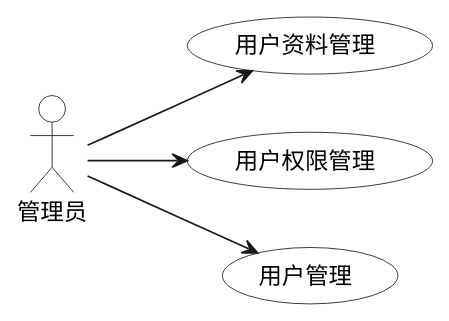
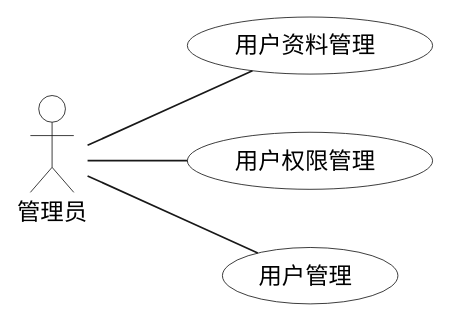
One commit to hitzaki/biz-center changed the diagram in a-uml/用例图/认证授权-管理.puml. Above: the diagram before and after it, drawn with PlantUML. The commit also changed 32 other files, not shown here.

```diff
--- a/a-uml/用例图/认证授权-管理.puml
+++ b/a-uml/用例图/认证授权-管理.puml
@@ -1,15 +1,15 @@
 @startuml
 '最近一次更新时间: 2024-05-05
 left to right direction
 
 :管理员: as Admin #white
 
 (用户资料管理) as (Use1) #white
 (用户权限管理) as (Use2) #white
 (用户管理) as (Use3) #white
 
-Admin -down-> (Use1)
-Admin -down-> (Use2)
-Admin -down-> (Use3)
+Admin -down- (Use1)
+Admin -down- (Use2)
+Admin -down- (Use3)
 
 @enduml
```
